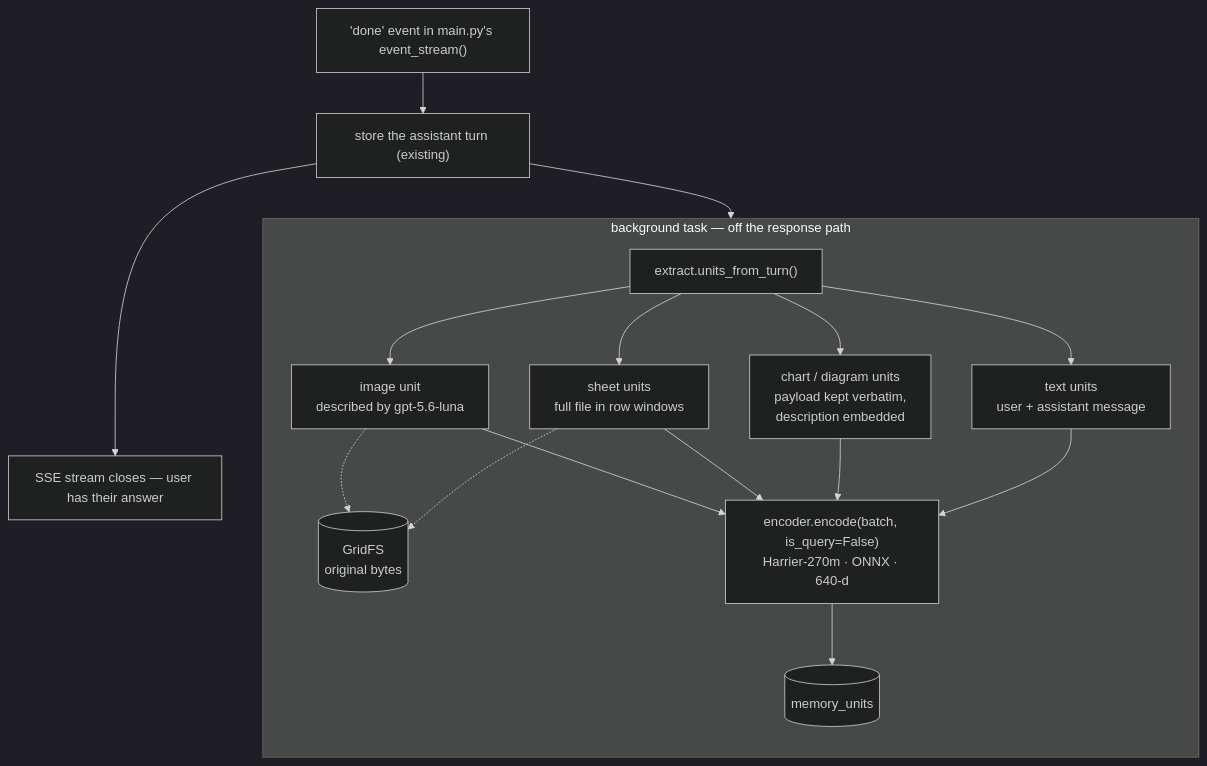
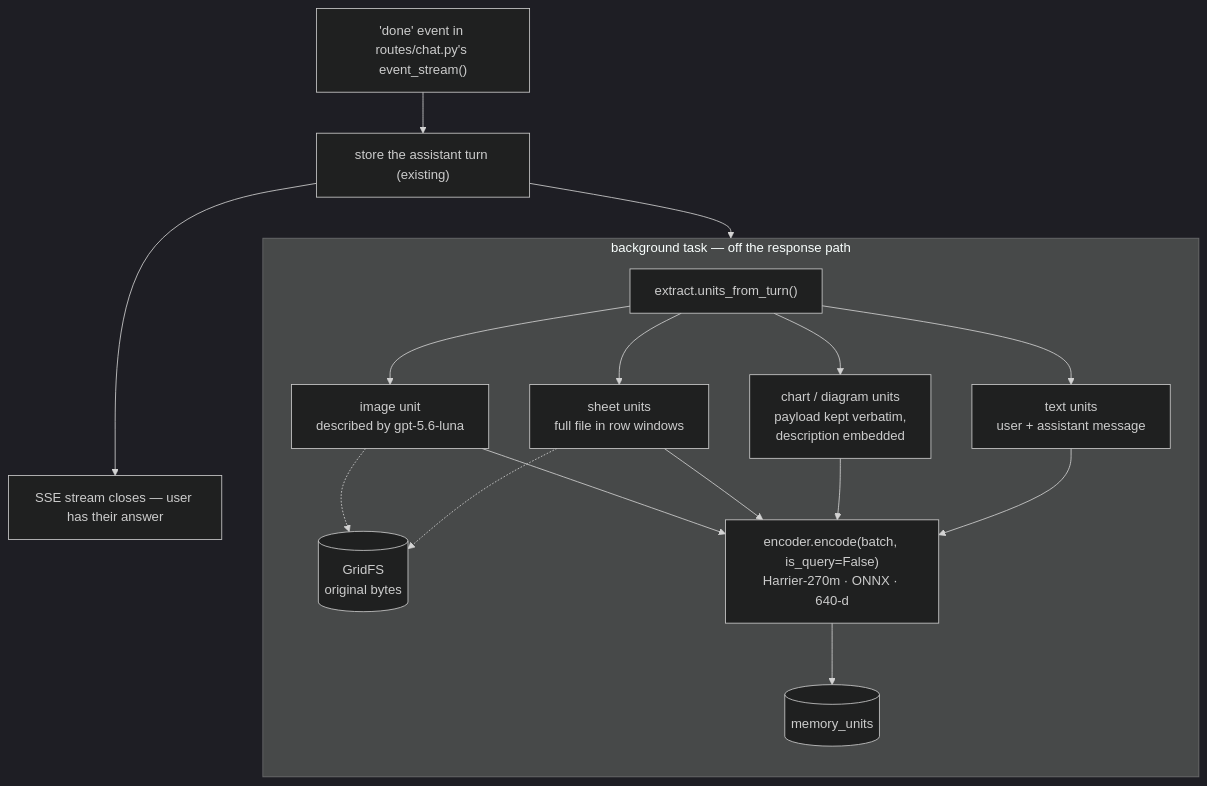
One commit to logado-zero/diagrammer changed the fifth of 5 diagrams in HOWTHEYWORK.md. Above: the diagram before and after it, drawn with Mermaid (dark theme). The commit also changed other lines of this file and 2 other files, not shown here.

Commit message:
Docs: HOWTHEYWORK — file map, route list, routes/hooks pointers, retrieval branch

````diff
--- a/HOWTHEYWORK.md
+++ b/HOWTHEYWORK.md
@@ -658,26 +665,26 @@
 ```mermaid
 flowchart TB
-    DONE["'done' event in main.py's event_stream()"]
+    DONE["'done' event in routes/chat.py's event_stream()"]
     PUSH["store the assistant turn (existing)"]
     CLOSE["SSE stream closes — user has their answer"]
 
     subgraph BG ["background task — off the response path"]
         direction TB
         EX["extract.units_from_turn()"]
         T["text units<br/>user + assistant message"]
         CH["chart / diagram units<br/>payload kept verbatim,<br/>description embedded"]
         SH["sheet units<br/>full file in row windows"]
         IM["image unit<br/>described by gpt-5.6-luna"]
         BLOB[("GridFS<br/>original bytes")]
         ENC["encoder.encode(batch, is_query=False)<br/>Harrier-270m · ONNX · 640-d"]
         PUT[("memory_units")]
 
         EX --> T & CH & SH & IM
         SH -.-> BLOB
         IM -.-> BLOB
         T & CH & SH & IM --> ENC --> PUT
     end
 
     DONE --> PUSH --> CLOSE
     PUSH --> EX
 ```
````
